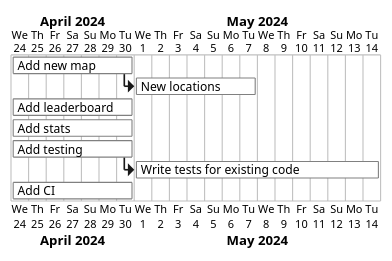
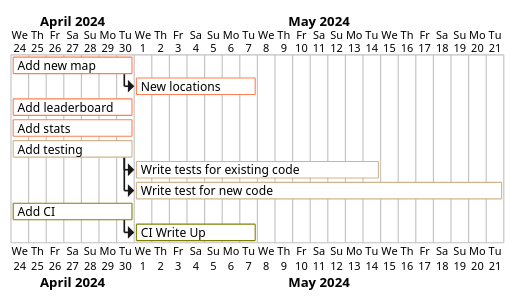
The diagram in diagrams/initial.puml (MaxIrv/Group-20-HesHus-Game), drawn with PlantUML before and after one commit.

Commit message:
Generalised the names to make it easy to add names.

```diff
--- a/diagrams/initial.puml
+++ b/diagrams/initial.puml
@@ -1,37 +1,52 @@
 @startgantt
 <style>
 ganttDiagram {
   task {
-    BackGroundColor Green
-    LineColor Black
-    unstarted {
-      BackGroundColor Orange
-      LineColor grey
-    }
+    BackGroundColor LightCoral
+    LineColor Coral
   }
 }
 </style>
 project starts on the 24th April 2024
 ' Implementation
-[Add new map] starts 2024-04-24
+[Add new map] as [Add new map] starts 2024-04-24
 [Add new map] requires 7 days
-[New locations] requires 7 days
+[New locations] as [New locations] requires 7 days
 [New locations] starts at [Add new map]'s end
-[Add leaderboard] requires 7 days
-[Add stats] requires 7 days
-
-
-[Add testing] requires 7 days
-[Write tests for existing code] requires 14 days
+[Add leaderboard] as [Add leaderboard] requires 7 days
+[Add stats] as [Add stats] requires 7 days
+<style>
+ganttDiagram {
+  task {
+    BackGroundColor Tan
+    LineColor Tan
+  }
+}
+</style>
+[Add testing] as [Add testing] requires 7 days
+[Write tests for existing code] as [Write tests for existing code] requires 14 days
 [Write tests for existing code] starts at [Add testing]'s end
-
-[Add CI] requires 7 days
+[Write test for new code] as [Write test for new code] requires 21 days
+[Write test for new code] starts at [Add testing]'s end
+<style>
+ganttDiagram {
+  task {
+    BackGroundColor Olive
+    LineColor Olive
+  }
+}
+</style>
+[Add CI] as [Add CI] requires 7 days
+[CI Write Up] as [CI Write Up] requires 7 days
+[CI Write Up] starts at [Add CI]'s end
 
 [Add new map] is 0% complete
 [New locations] is 0% complete
 [Add leaderboard] is 0% complete
 [Add stats] is 0% complete
 [Add testing] is 0% complete
 [Write tests for existing code] is 0% complete
+[Write test for new code] is 0% complete
 [Add CI] is 0% complete
+[CI Write Up] is 0% complete
 @endgantt
```
